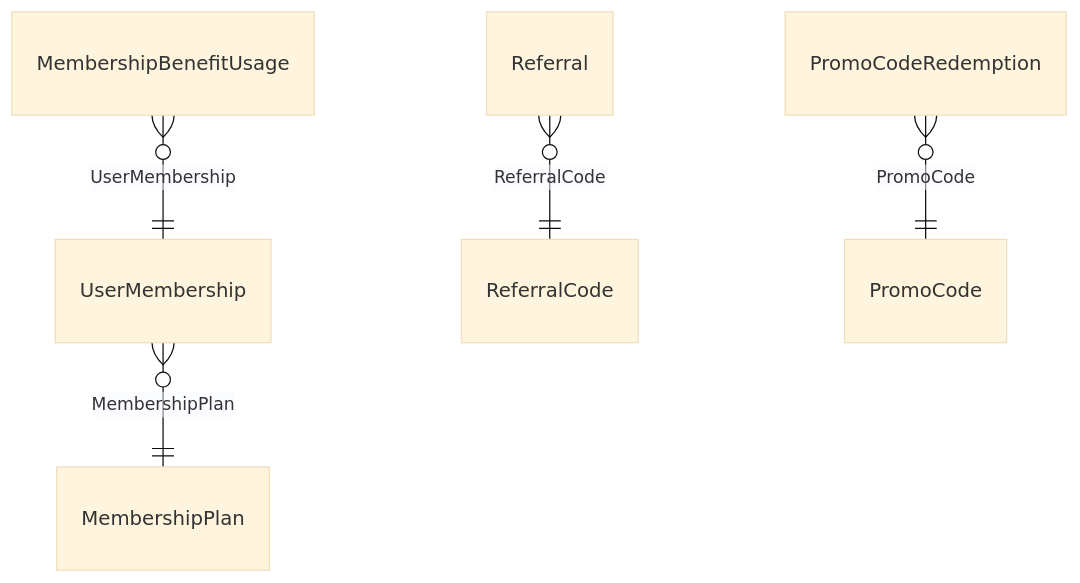
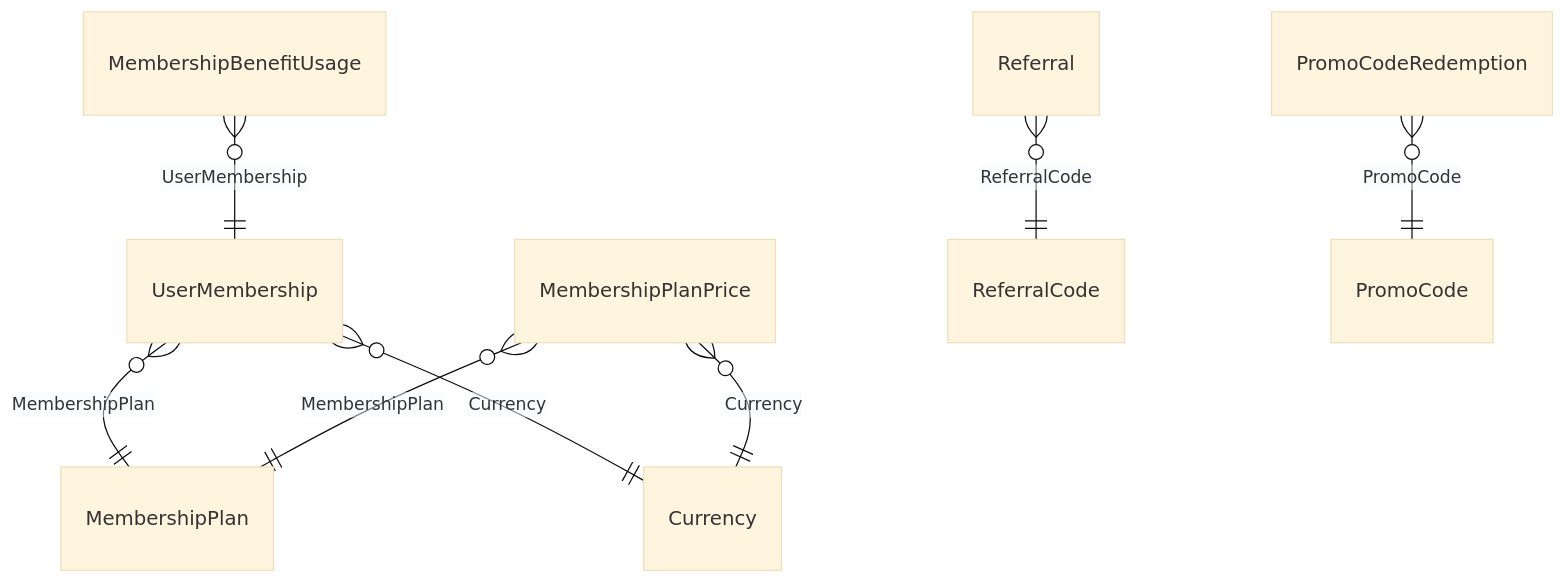
Before and after one commit to VM-s-Solutions/cleansia: the fifth of 5 diagrams in docs/domain/model.md, drawn with Mermaid (base theme). The commit also changed other lines of this file and 32 other files, not shown here.

````diff
--- a/docs/domain/model.md
+++ b/docs/domain/model.md
@@ -178,7 +188,10 @@
 ```mermaid
 erDiagram
   UserMembership }o--|| MembershipPlan : "MembershipPlan"
+  UserMembership }o--|| Currency : "Currency"
+  MembershipPlanPrice }o--|| MembershipPlan : "MembershipPlan"
+  MembershipPlanPrice }o--|| Currency : "Currency"
   Referral }o--|| ReferralCode : "ReferralCode"
   PromoCodeRedemption }o--|| PromoCode : "PromoCode"
   MembershipBenefitUsage }o--|| UserMembership : "UserMembership"
 ```
````
